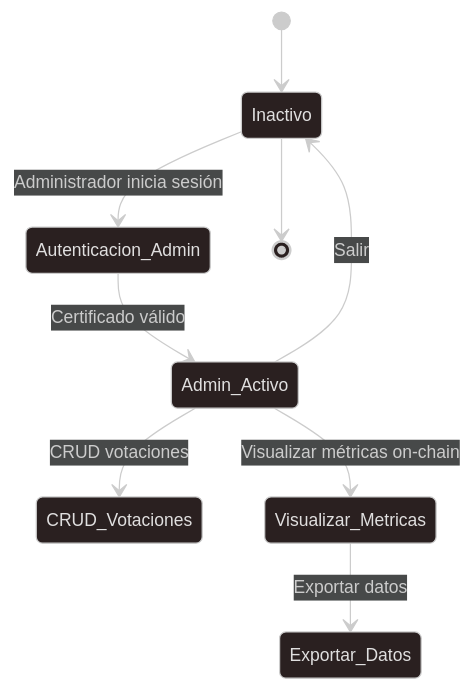
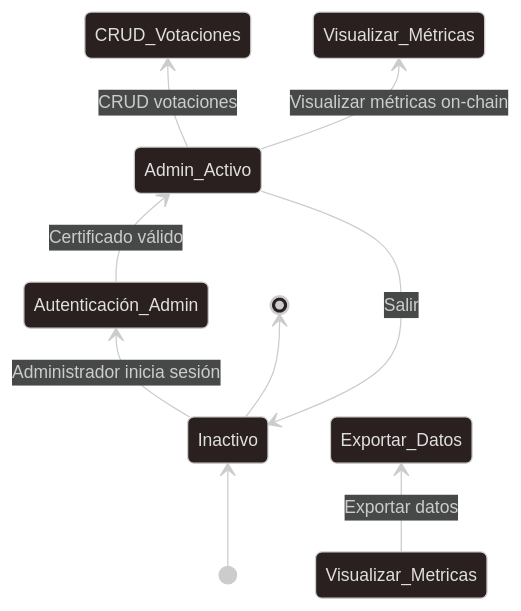
Before and after one commit to OnyxVariables/AGORA: the third of 3 diagrams in docs/Diagrama_Estado.md, drawn with Mermaid. The commit also changed other lines of this file and 2 other files, not shown here.

Commit message:
Add two use of case (Poner nickname y buscar voto) and update the others diagrams

````diff
--- a/docs/Diagrama_Estado.md
+++ b/docs/Diagrama_Estado.md
@@ -107,16 +110,16 @@
 ```mermaid
 ---
 config:
   theme: neo-dark
 ---
 stateDiagram
-  direction TB
+  direction BT
   [*] --> Inactivo
-  Inactivo --> Autenticacion_Admin:Administrador inicia sesión
-  Autenticacion_Admin --> Admin_Activo:Certificado válido
+  Inactivo --> Autenticación_Admin:Administrador inicia sesión
+  Autenticación_Admin --> Admin_Activo:Certificado válido
   Admin_Activo --> CRUD_Votaciones:CRUD votaciones
-  Admin_Activo --> Visualizar_Metricas:Visualizar métricas on-chain
+  Admin_Activo --> Visualizar_Métricas:Visualizar métricas on-chain
   Visualizar_Metricas --> Exportar_Datos:Exportar datos
   Admin_Activo --> Inactivo:Salir
   Inactivo --> [*]
 ```
````
